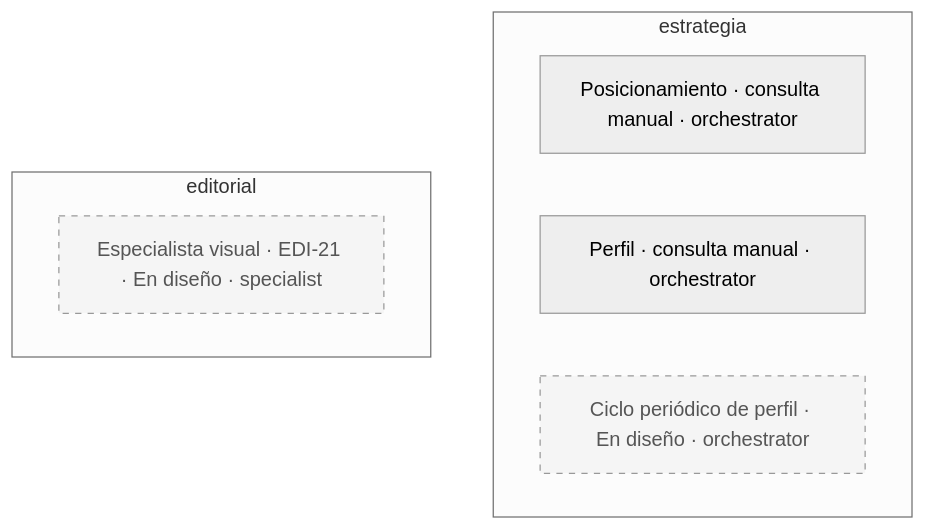
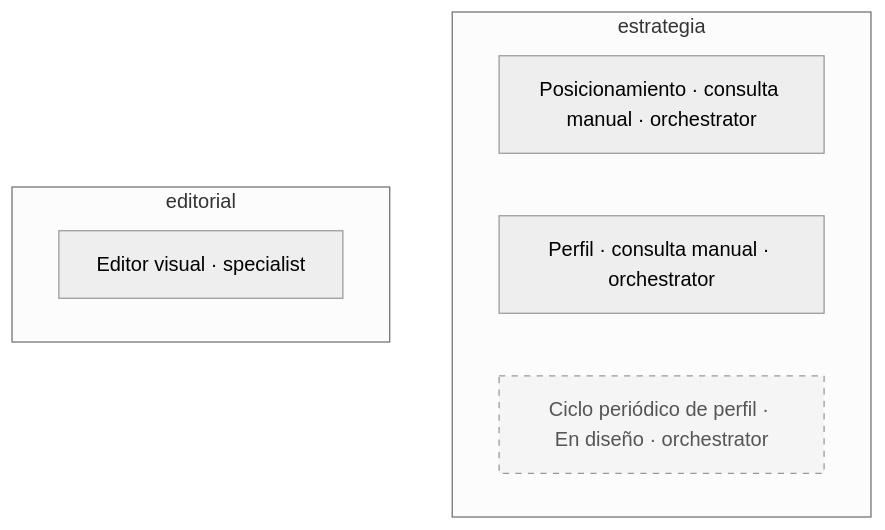
Before and after one commit to gustavop-dev/barrio-ai: diagram 11 of 12 in docs/arquitectura/grafo.md, drawn with Mermaid (neutral theme). The commit also changed other lines of this file and 30 other files, not shown here.

First line of the commit message:
feat(editorial): fase 7 — «Editor visual» como especialista propio del ciclo de la pieza

````diff
--- a/docs/arquitectura/grafo.md
+++ b/docs/arquitectura/grafo.md
@@ -385,14 +381,13 @@
 ```mermaid
 flowchart TD
   classDef planned stroke-dasharray: 5 5,fill:#f5f5f5,color:#555;
   subgraph grupo_estrategia["estrategia"]
     posicionamiento["Posicionamiento · consulta manual · orchestrator"]
     perfil["Perfil · consulta manual · orchestrator"]
     ciclo_perfil["Ciclo periódico de perfil · En diseño · orchestrator"]
     class ciclo_perfil planned;
   end
   subgraph grupo_editorial["editorial"]
-    editor_visual["Especialista visual · EDI-21 · En diseño · specialist"]
-    class editor_visual planned;
+    editor_visual["Editor visual · specialist"]
   end
 ```
````
